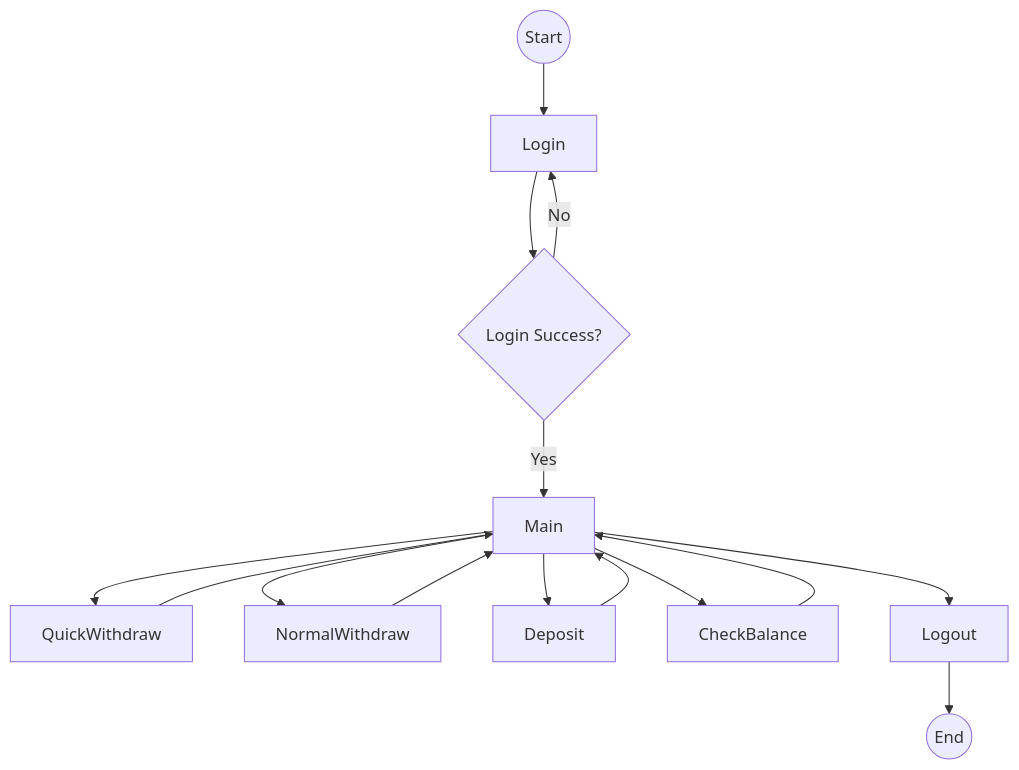
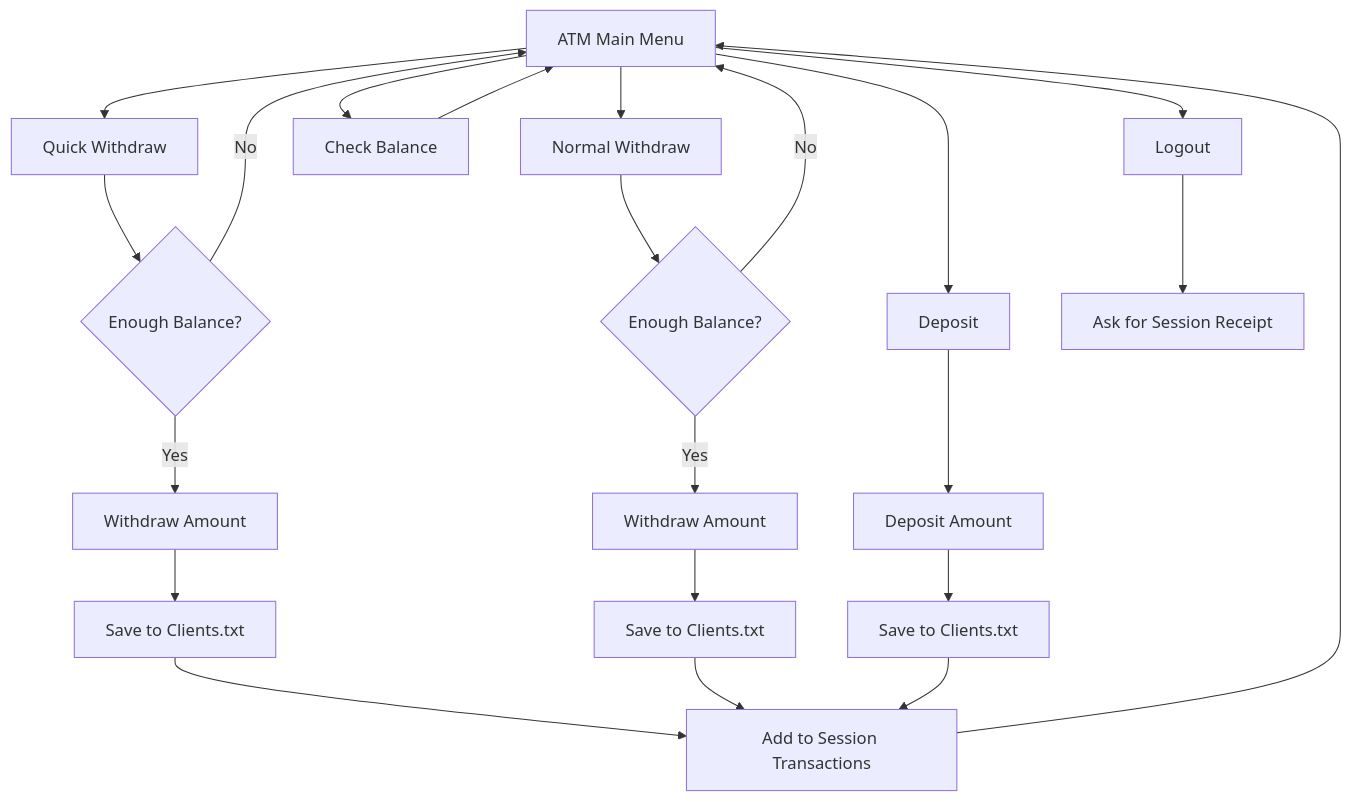
One commit to youness-chregui-amin/E-ATMSystem changed the fourth of 5 diagrams in README.md. Above: the diagram before and after it, drawn with Mermaid. The commit also changed other lines of this file, not shown here.

````diff
--- a/README.md
+++ b/README.md
@@ -223,25 +260,31 @@
 ```mermaid
 flowchart TD
+    Main["ATM Main Menu"] --> QW["Quick Withdraw"]
+    Main --> NW["Normal Withdraw"]
+    Main --> DP["Deposit"]
+    Main --> CB["Check Balance"]
+    Main --> LO["Logout"]
 
-Start((Start))
+    QW --> W1{"Enough Balance?"}
+    NW --> W2{"Enough Balance?"}
 
-Start --> Login
+    W1 -- "Yes" --> Update1["Withdraw Amount"]
+    W1 -- "No" --> Main
 
-Login --> Check{"Login Success?"}
+    W2 -- "Yes" --> Update2["Withdraw Amount"]
+    W2 -- "No" --> Main
 
-Check -- No --> Login
-Check -- Yes --> Main
+    DP --> Update3["Deposit Amount"]
 
-Main --> QuickWithdraw
-Main --> NormalWithdraw
-Main --> Deposit
-Main --> CheckBalance
-Main --> Logout
+    Update1 --> Save1["Save to Clients.txt"]
+    Update2 --> Save2["Save to Clients.txt"]
+    Update3 --> Save3["Save to Clients.txt"]
 
-QuickWithdraw --> Main
-NormalWithdraw --> Main
-Deposit --> Main
-CheckBalance --> Main
+    Save1 --> Session["Add to Session Transactions"]
+    Save2 --> Session
+    Save3 --> Session
 
-Logout --> End((End))
+    Session --> Main
+    CB --> Main
+    LO --> Receipt["Ask for Session Receipt"]
 ```
````
